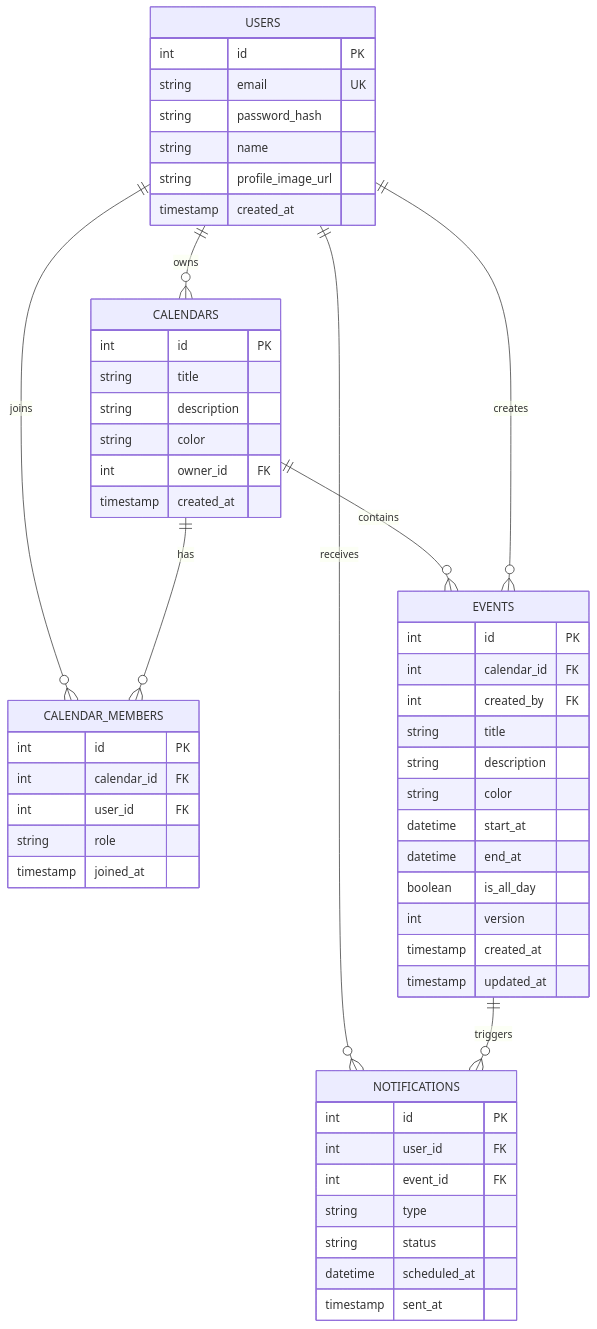
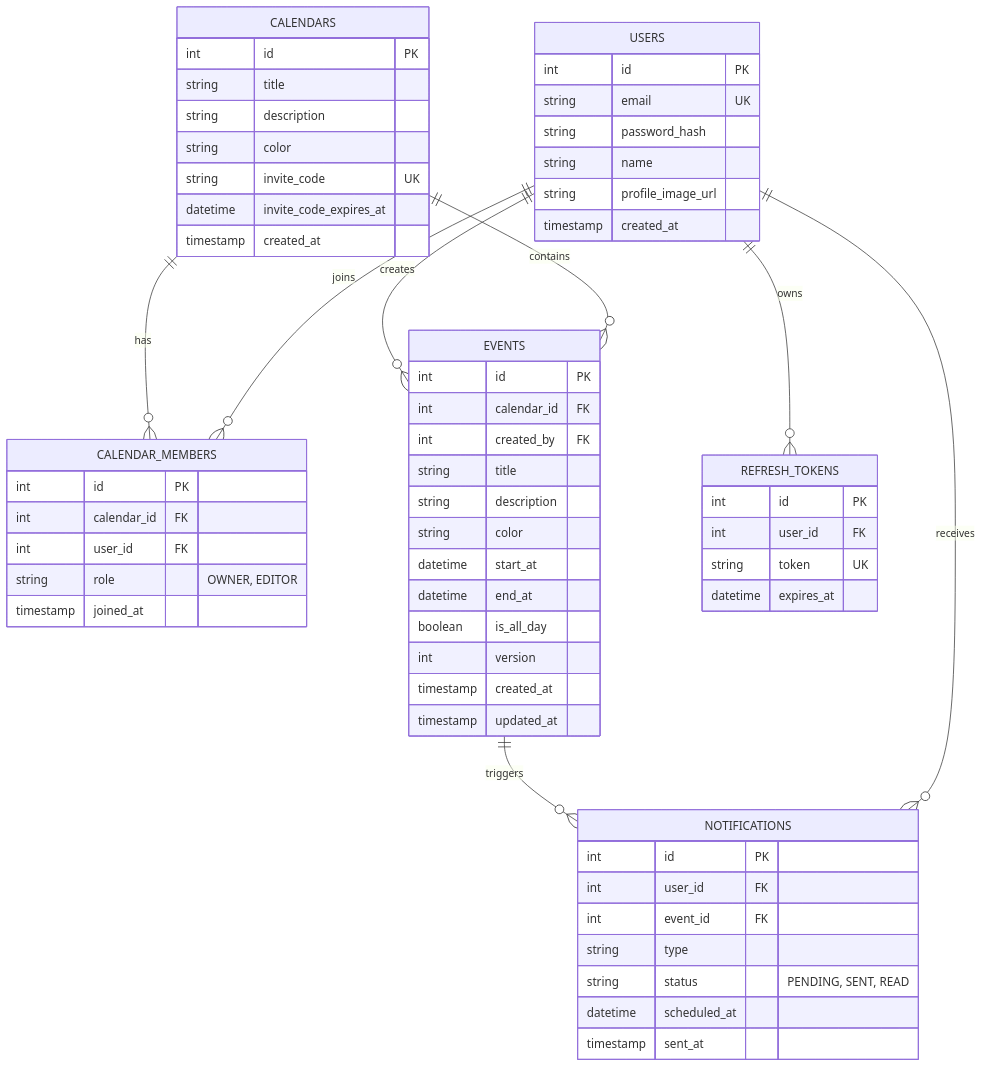
One commit to MEDTATE/CalBag changed the diagram in README.md. Above: the diagram before and after it, drawn with Mermaid. The commit also changed other lines of this file, not shown here.

````diff
--- a/README.md
+++ b/README.md
@@ -34,61 +31,69 @@
 ```mermaid
 erDiagram
-    USERS ||--o{ CALENDARS : owns
     USERS ||--o{ CALENDAR_MEMBERS : joins
     CALENDARS ||--o{ CALENDAR_MEMBERS : has
     CALENDARS ||--o{ EVENTS : contains
     USERS ||--o{ EVENTS : creates
     USERS ||--o{ NOTIFICATIONS : receives
     EVENTS ||--o{ NOTIFICATIONS : triggers
+    USERS ||--o{ REFRESH_TOKENS : owns
 
     USERS {
         int id PK
         string email UK
         string password_hash
         string name
         string profile_image_url
         timestamp created_at
     }
 
     CALENDARS {
         int id PK
         string title
         string description
         string color
-        int owner_id FK
+        string invite_code UK
+        datetime invite_code_expires_at
         timestamp created_at
     }
 
     CALENDAR_MEMBERS {
         int id PK
         int calendar_id FK
         int user_id FK
-        string role
+        string role "OWNER, EDITOR"
         timestamp joined_at
     }
 
     EVENTS {
         int id PK
         int calendar_id FK
         int created_by FK
         string title
         string description
         string color
         datetime start_at
         datetime end_at
         boolean is_all_day
         int version
         timestamp created_at
         timestamp updated_at
     }
 
     NOTIFICATIONS {
         int id PK
         int user_id FK
         int event_id FK
         string type
-        string status
+        string status "PENDING, SENT, READ"
         datetime scheduled_at
         timestamp sent_at
     }
+
+    REFRESH_TOKENS {
+        int id PK
+        int user_id FK
+        string token UK
+        datetime expires_at
+    }
 ```
````
